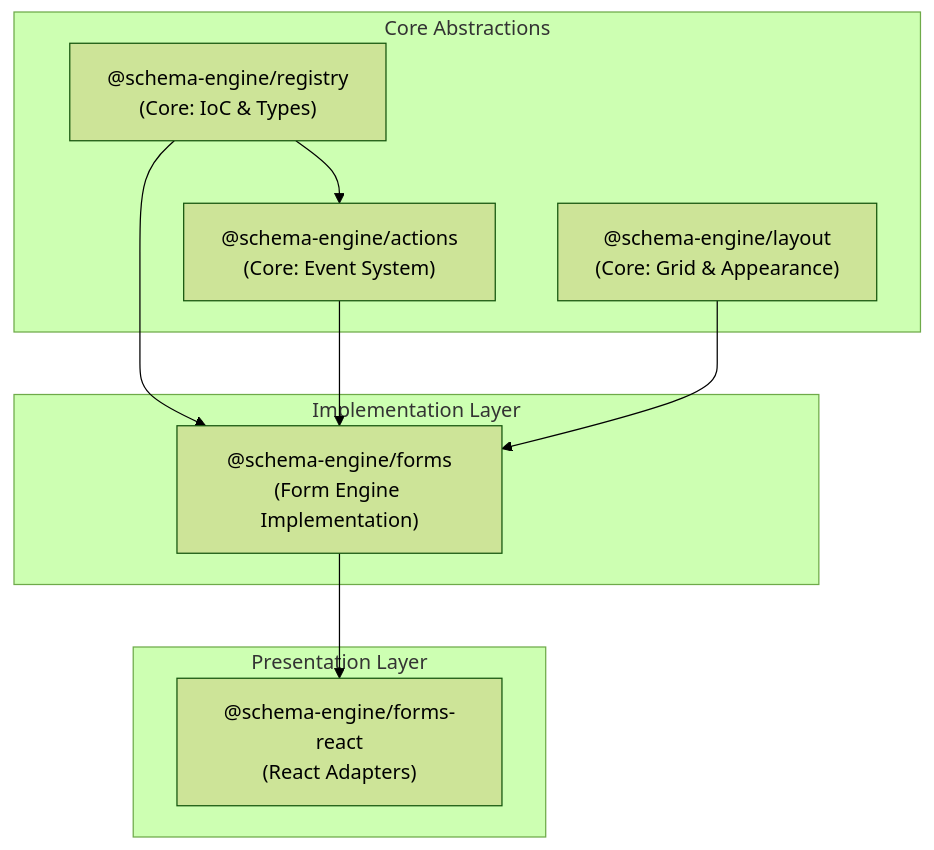
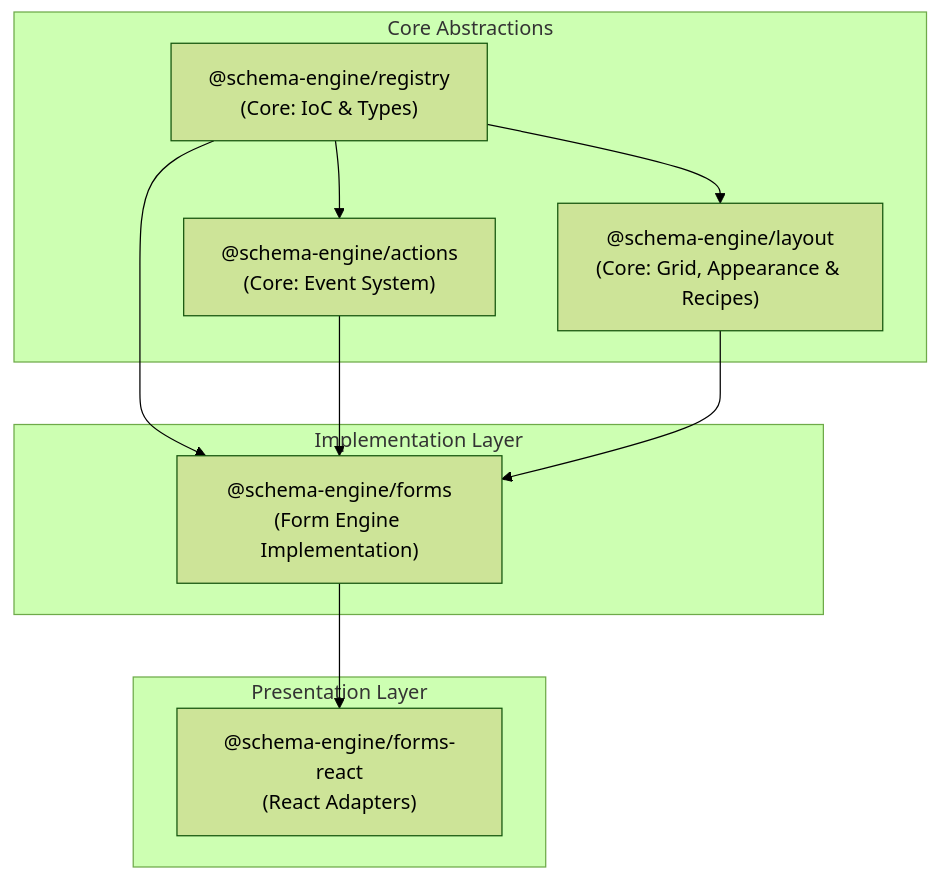
Before and after one commit to schema-engine/schema-engine: the diagram in README.md, drawn with Mermaid (forest theme). The commit also changed other lines of this file and 28 other files, not shown here.

First line of the commit message:
refactor(layout): let a domain declare the slots and kinds of its recipes

````diff
--- a/README.md
+++ b/README.md
@@ -129,22 +129,23 @@
 ```mermaid
 graph TD
     subgraph Core ["Core Abstractions"]
         Registry["@schema-engine/registry<br/>(Core: IoC & Types)"]
         Actions["@schema-engine/actions<br/>(Core: Event System)"]
-        Layout["@schema-engine/layout<br/>(Core: Grid & Appearance)"]
+        Layout["@schema-engine/layout<br/>(Core: Grid, Appearance & Recipes)"]
     end
 
     subgraph Implementation ["Implementation Layer"]
         Forms["@schema-engine/forms<br/>(Form Engine Implementation)"]
     end
 
     subgraph Presentation ["Presentation Layer"]
         React["@schema-engine/forms-react<br/>(React Adapters)"]
     end
 
     Registry --> Actions
+    Registry --> Layout
     Registry --> Forms
     Actions --> Forms
     Layout --> Forms
     Forms --> React
 ```
````
